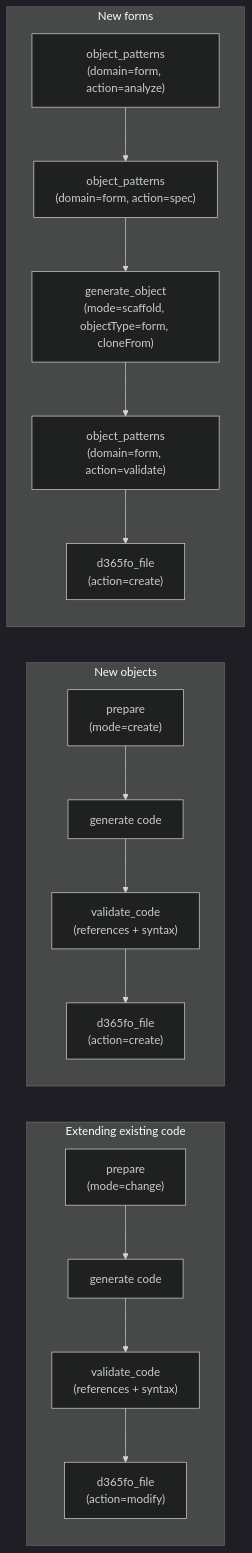
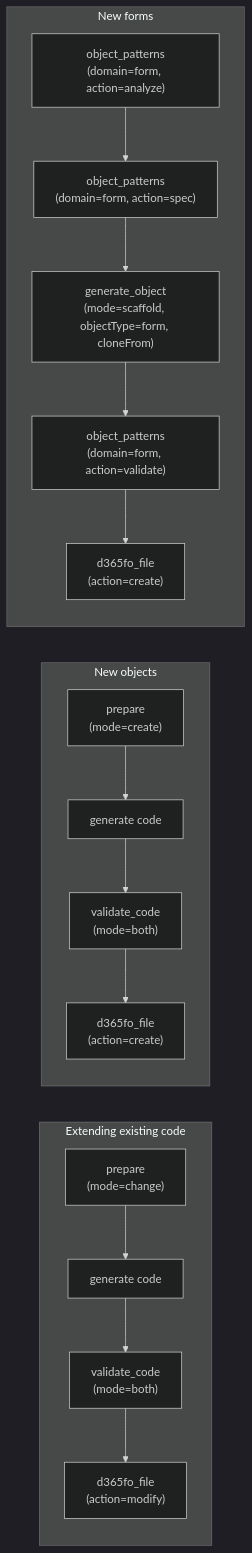
Before and after one commit to dynamics365ninja/d365fo-mcp-server: the diagram in docs/MCP_TOOLS.md, drawn with Mermaid (dark theme). The commit also changed other lines of this file and 1 other file, not shown here.

````diff
--- a/docs/MCP_TOOLS.md
+++ b/docs/MCP_TOOLS.md
@@ -17,19 +17,19 @@
 ```mermaid
 flowchart LR
     subgraph Extend["Extending existing code"]
         A1["prepare<br/>(mode=change)"] --> A2[generate code]
-        A2 --> A3["validate_code<br/>(references + syntax)"]
+        A2 --> A3["validate_code<br/>(mode=both)"]
         A3 --> A4["d365fo_file<br/>(action=modify)"]
     end
     subgraph Create["New objects"]
         B1["prepare<br/>(mode=create)"] --> B2[generate code]
-        B2 --> B3["validate_code<br/>(references + syntax)"]
+        B2 --> B3["validate_code<br/>(mode=both)"]
         B3 --> B4["d365fo_file<br/>(action=create)"]
     end
     subgraph Forms["New forms"]
         C1["object_patterns<br/>(domain=form, action=analyze)"] --> C2["object_patterns<br/>(domain=form, action=spec)"]
         C2 --> C3["generate_object<br/>(mode=scaffold, objectType=form, cloneFrom)"]
         C3 --> C4["object_patterns<br/>(domain=form, action=validate)"]
         C4 --> C5["d365fo_file<br/>(action=create)"]
     end
 ```
````
